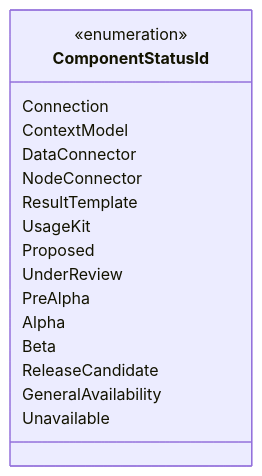
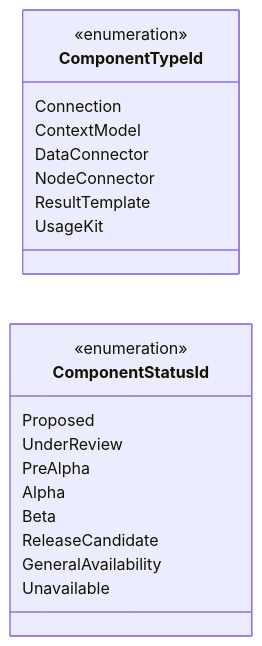
The second of 9 diagrams in README.md (data-positioning/datapos-shared), drawn with Mermaid before and after one commit. The commit also changed 1 other file, not shown here.

````diff
--- a/README.md
+++ b/README.md
@@ -46,26 +46,26 @@
 ```mermaid
 classDiagram
     direction LR
 
-    class ComponentStatusId {
+    class ComponentTypeId {
         <<enumeration>>
         Connection
         ContextModel
         DataConnector
         NodeConnector
         ResultTemplate
         UsageKit
     }
 
     class ComponentStatusId {
         <<enumeration>>
         Proposed
         UnderReview
         PreAlpha
         Alpha
         Beta
         ReleaseCandidate
         GeneralAvailability
         Unavailable
     }
 ```
````
